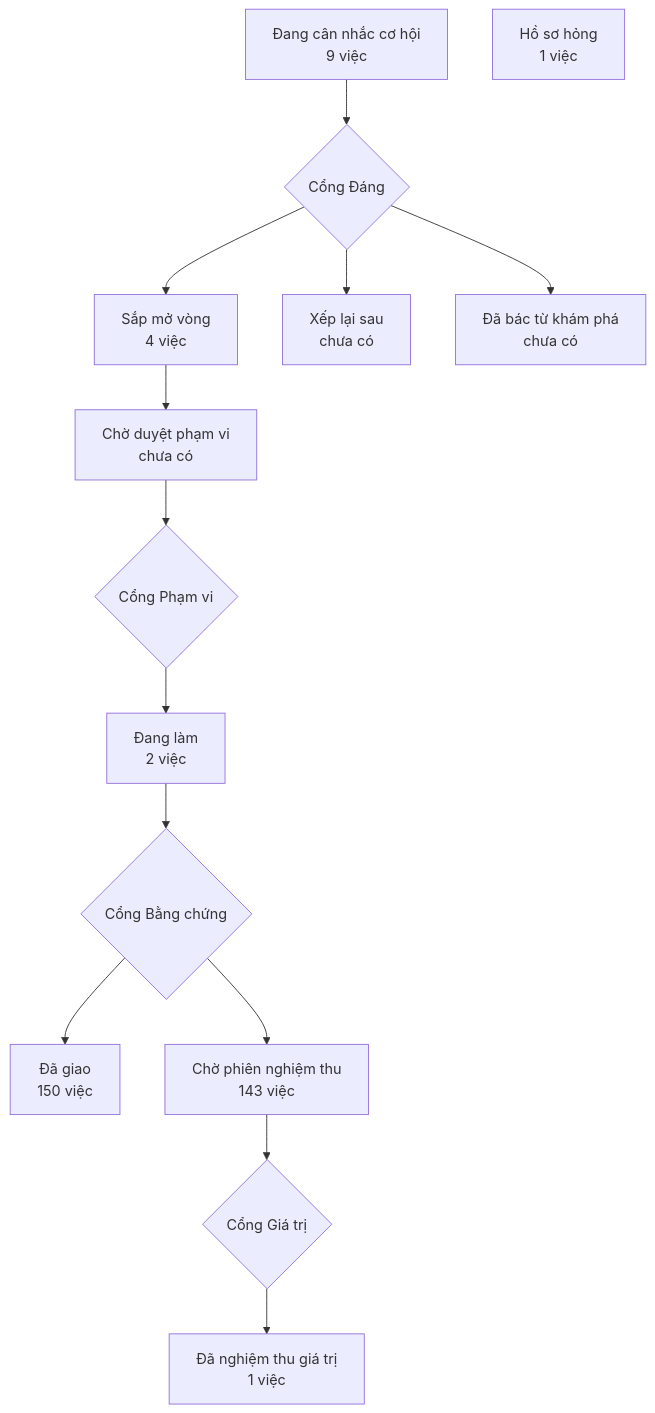
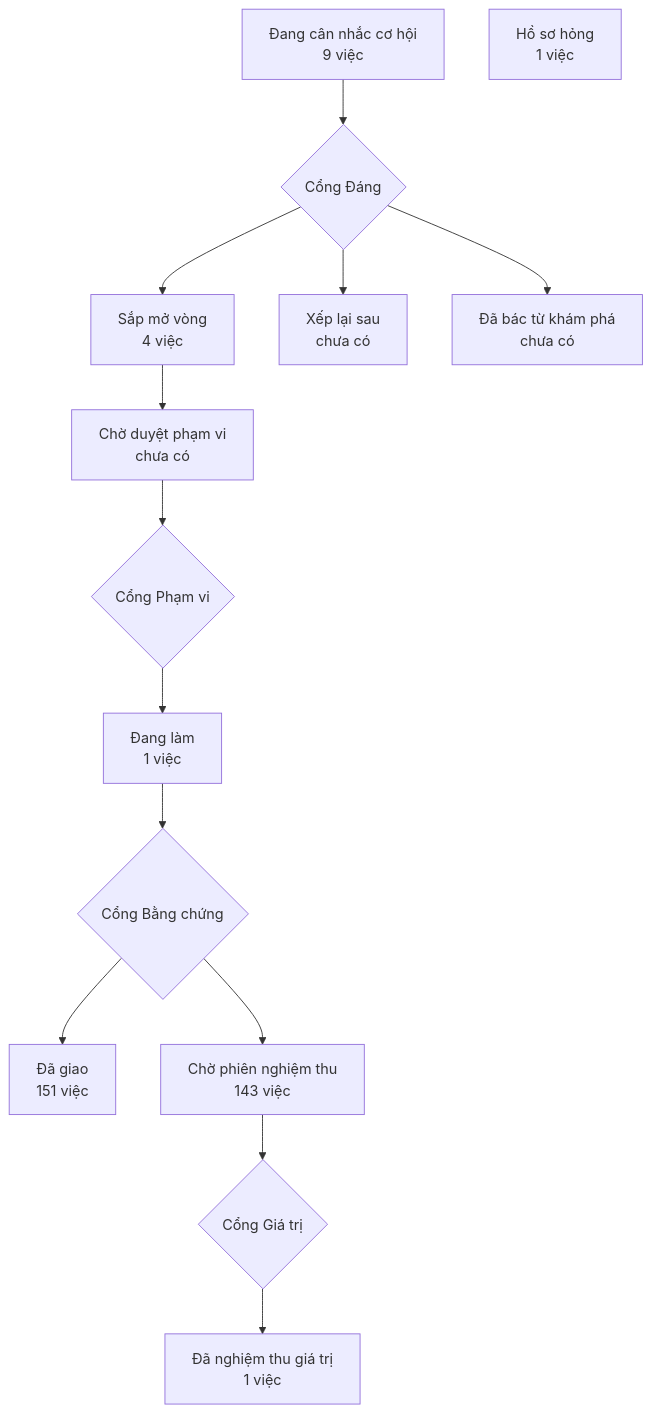
Before and after one commit to phanlemanh/crm-onehub: the diagram in PRODUCT-MAP.md, drawn with Mermaid. The commit also changed other lines of this file and 4 other files, not shown here.

````diff
--- a/PRODUCT-MAP.md
+++ b/PRODUCT-MAP.md
@@ -7,13 +7,13 @@
 ```mermaid
 flowchart TD
   A["Đang cân nhắc cơ hội<br/>9 việc"] --> GD{"Cổng Đáng"}
   GD --> B["Sắp mở vòng<br/>4 việc"]
   GD --> XL["Xếp lại sau<br/>chưa có"]
   GD --> DB["Đã bác từ khám phá<br/>chưa có"]
   B --> CD["Chờ duyệt phạm vi<br/>chưa có"] --> GP{"Cổng Phạm vi"}
-  GP --> DL["Đang làm<br/>2 việc"] --> GB{"Cổng Bằng chứng"}
-  GB --> DG["Đã giao<br/>150 việc"]
+  GP --> DL["Đang làm<br/>1 việc"] --> GB{"Cổng Bằng chứng"}
+  GB --> DG["Đã giao<br/>151 việc"]
   GB --> CN["Chờ phiên nghiệm thu<br/>143 việc"] --> GG{"Cổng Giá trị"}
   GG --> NT["Đã nghiệm thu giá trị<br/>1 việc"]
   HS["Hồ sơ hỏng<br/>1 việc"]
 ```
````
